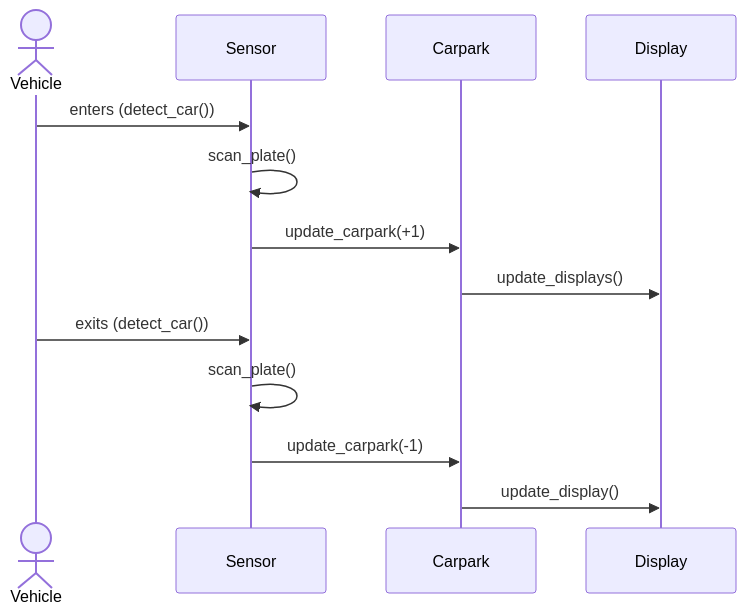
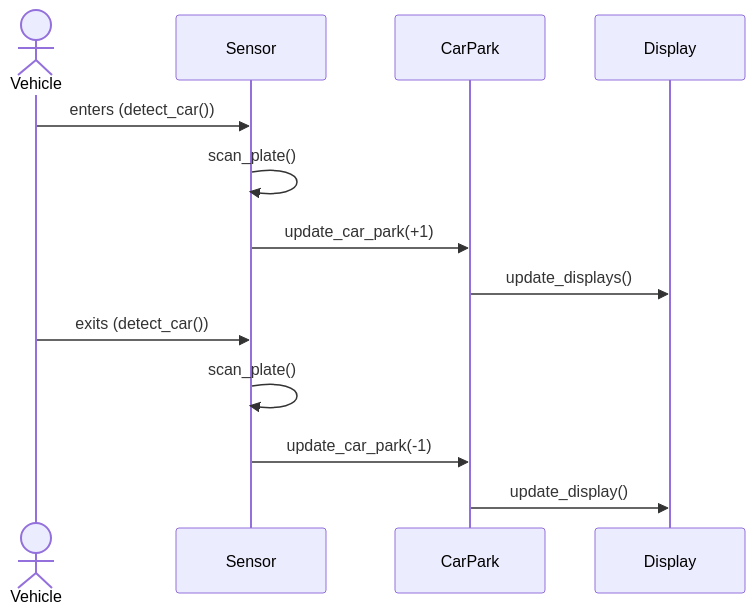
Before and after one commit to NM-TAFE/civ-ipriot-in-class-demos: the first of 3 diagrams in activities/carpark-prj-guided.md, drawn with Mermaid. The commit also changed other lines of this file, not shown here.

````diff
--- a/activities/carpark-prj-guided.md
+++ b/activities/carpark-prj-guided.md
@@ -298,15 +291,15 @@
 ```mermaid
 sequenceDiagram
     actor v as Vehicle
     participant s as Sensor
-    participant c as Carpark
+    participant c as CarPark
     participant d as Display
     v->>s: enters (detect_car())
     s->>s: scan_plate()
-    s->>c: update_carpark(+1)
+    s->>c: update_car_park(+1)
     c->>d: update_displays()
     v->>s: exits (detect_car())
     s->>s: scan_plate()
-    s->>c: update_carpark(-1)
+    s->>c: update_car_park(-1)
     c->>d: update_display()
 ```
````
